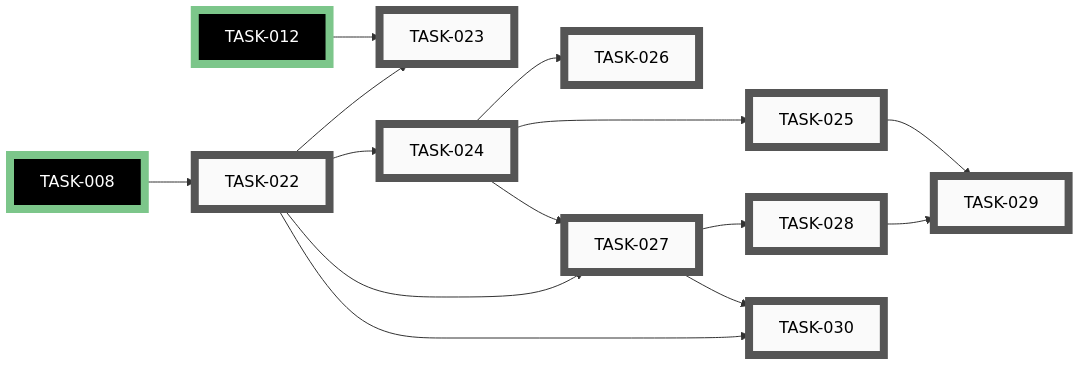
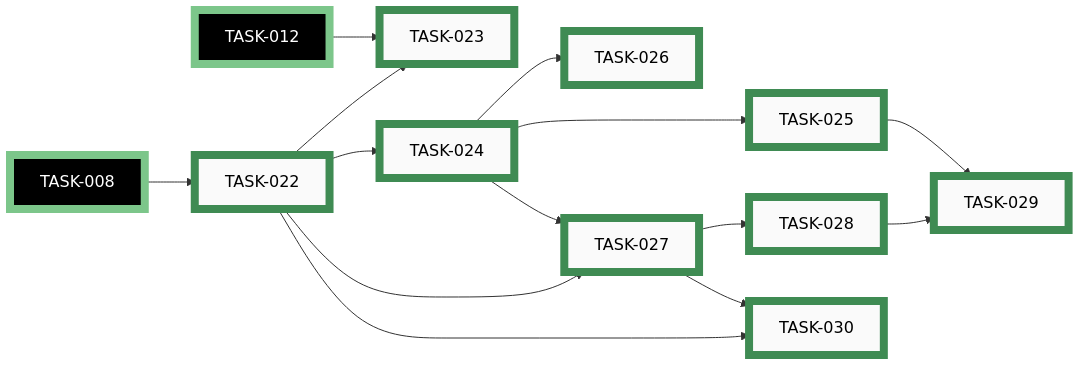
One commit to tgd1975/CircuitSmith changed the third of 11 diagrams in docs/developers/tasks/EPICS.md. Above: the diagram before and after it, drawn with Mermaid. The commit also changed other lines of this file and 42 other files, not shown here.

First line of the commit message:
close EPIC-003: Circuit Skill — ERC Engine and Rule Catalog

````diff
--- a/docs/developers/tasks/EPICS.md
+++ b/docs/developers/tasks/EPICS.md
@@ -192,46 +192,46 @@
 ```mermaid
 graph LR
-    TASK_022["TASK-022"]:::open
-    TASK_023["TASK-023"]:::open
-    TASK_024["TASK-024"]:::open
-    TASK_025["TASK-025"]:::open
-    TASK_026["TASK-026"]:::open
-    TASK_027["TASK-027"]:::open
-    TASK_028["TASK-028"]:::open
-    TASK_029["TASK-029"]:::open
-    TASK_030["TASK-030"]:::open
+    TASK_022["TASK-022"]:::closed
+    TASK_023["TASK-023"]:::closed
+    TASK_024["TASK-024"]:::closed
+    TASK_025["TASK-025"]:::closed
+    TASK_026["TASK-026"]:::closed
+    TASK_027["TASK-027"]:::closed
+    TASK_028["TASK-028"]:::closed
+    TASK_029["TASK-029"]:::closed
+    TASK_030["TASK-030"]:::closed
     TASK_008["TASK-008"]:::closedExt
     TASK_012["TASK-012"]:::closedExt
     TASK_008 --> TASK_022
     TASK_022 --> TASK_023
     TASK_012 --> TASK_023
     TASK_022 --> TASK_024
     TASK_024 --> TASK_025
     TASK_024 --> TASK_026
     TASK_022 --> TASK_027
     TASK_024 --> TASK_027
     TASK_027 --> TASK_028
     TASK_028 --> TASK_029
     TASK_025 --> TASK_029
     TASK_022 --> TASK_030
     TASK_027 --> TASK_030
-    click TASK_022 "open/task-022-implement-erc-engine.md"
-    click TASK_023 "open/task-023-integrate-erc-into-renderer-pipeline.md"
-    click TASK_024 "open/task-024-seed-rule-catalog-rules-json.md"
-    click TASK_025 "open/task-025-write-validate-catalog-script.md"
-    click TASK_026 "open/task-026-write-knowledge-backlog.md"
-    click TASK_027 "open/task-027-wire-catalog-into-erc-report.md"
-    click TASK_028 "open/task-028-write-erc-report-and-document-e9.md"
-    click TASK_029 "open/task-029-extend-ci-staleness-and-erc-gate.md"
-    click TASK_030 "open/task-030-write-erc-checks-reference-doc.md"
+    click TASK_022 "closed/task-022-implement-erc-engine.md"
+    click TASK_023 "closed/task-023-integrate-erc-into-renderer-pipeline.md"
+    click TASK_024 "closed/task-024-seed-rule-catalog-rules-json.md"
+    click TASK_025 "closed/task-025-write-validate-catalog-script.md"
+    click TASK_026 "closed/task-026-write-knowledge-backlog.md"
+    click TASK_027 "closed/task-027-wire-catalog-into-erc-report.md"
+    click TASK_028 "closed/task-028-write-erc-report-and-document-e9.md"
+    click TASK_029 "closed/task-029-extend-ci-staleness-and-erc-gate.md"
+    click TASK_030 "closed/task-030-write-erc-checks-reference-doc.md"
     click TASK_008 "closed/task-008-implement-netgraph-data-model.md"
     click TASK_012 "closed/task-012-implement-renderer.md"
     classDef open    fill:#FAFAFA,stroke:#555,stroke-width:8px,color:#000
     classDef active  fill:#FAFAFA,stroke:#1A6FA8,stroke-width:8px,color:#000
     classDef closed  fill:#FAFAFA,stroke:#3F8B53,stroke-width:8px,color:#000
     classDef paused  fill:#FAFAFA,stroke:#B07810,stroke-width:8px,color:#000
     classDef openExt    fill:#000,stroke:#888,stroke-width:8px,color:#FFF
     classDef activeExt  fill:#000,stroke:#3FA9F5,stroke-width:8px,color:#FFF
     classDef closedExt  fill:#000,stroke:#7CC68A,stroke-width:8px,color:#FFF
     classDef pausedExt  fill:#000,stroke:#F0B030,stroke-width:8px,color:#FFF
 ```
````
